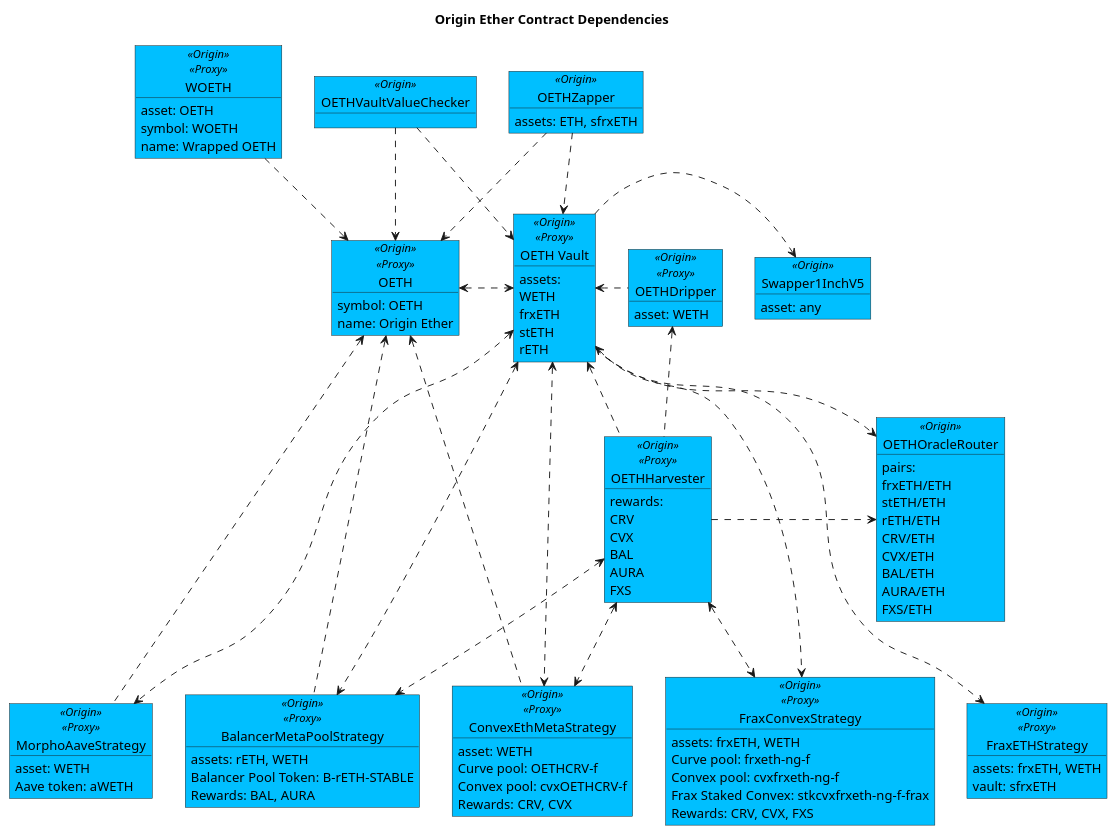
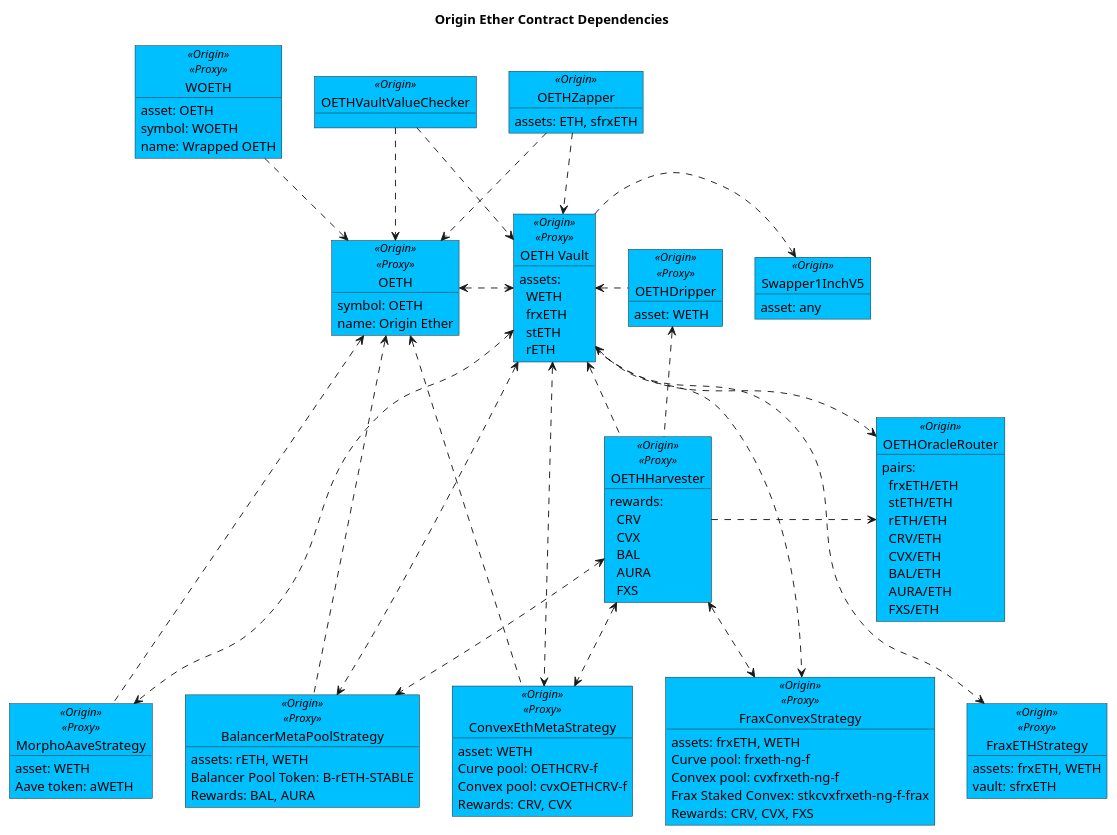
The diagram in contracts/docs/plantuml/oethContracts.puml (OriginProtocol/origin-dollar), drawn with PlantUML before and after one commit. The commit also changed 1 other file, not shown here.

```diff
--- a/contracts/docs/plantuml/oethContracts.puml
+++ b/contracts/docs/plantuml/oethContracts.puml
@@ -1,6 +1,8 @@
 @startuml
 
 title "Origin Ether Contract Dependencies"
+
+skinparam tabSize 2
 
 object "OETHZapper" as zap <<Origin>> #DeepSkyBlue {
     assets: ETH, sfrxETH
@@ -26,10 +28,10 @@
 
 object "OETH Vault" as oethv <<Origin>><<Proxy>> #DeepSkyBlue {
 assets:
-  WETH
-  frxETH
-  stETH
-  rETH
+\tWETH
+\tfrxETH
+\tstETH
+\trETH
 }
 
 object "Swapper1InchV5" as swap <<Origin>> #DeepSkyBlue {
@@ -38,11 +40,11 @@
 
 object "OETHHarvester" as harv <<Origin>><<Proxy>> #DeepSkyBlue {
 rewards:
-CRV
-CVX
-BAL
-AURA
-FXS
+\tCRV
+\tCVX
+\tBAL
+\tAURA
+\tFXS
 }
 
 ' Strategies
@@ -82,14 +84,14 @@
 ' Oracle
 object "OETHOracleRouter" as oracle <<Origin>> #DeepSkyBlue {
 pairs:
-    frxETH/ETH
-    stETH/ETH
-    rETH/ETH
-    CRV/ETH
-    CVX/ETH
-    BAL/ETH
-    AURA/ETH
-    FXS/ETH
+\tfrxETH/ETH
+\tstETH/ETH
+\trETH/ETH
+\tCRV/ETH
+\tCVX/ETH
+\tBAL/ETH
+\tAURA/ETH
+\tFXS/ETH
 }
 
 ' object "EACAggregatorProxy" as chain <<Chainlink>> {
```
